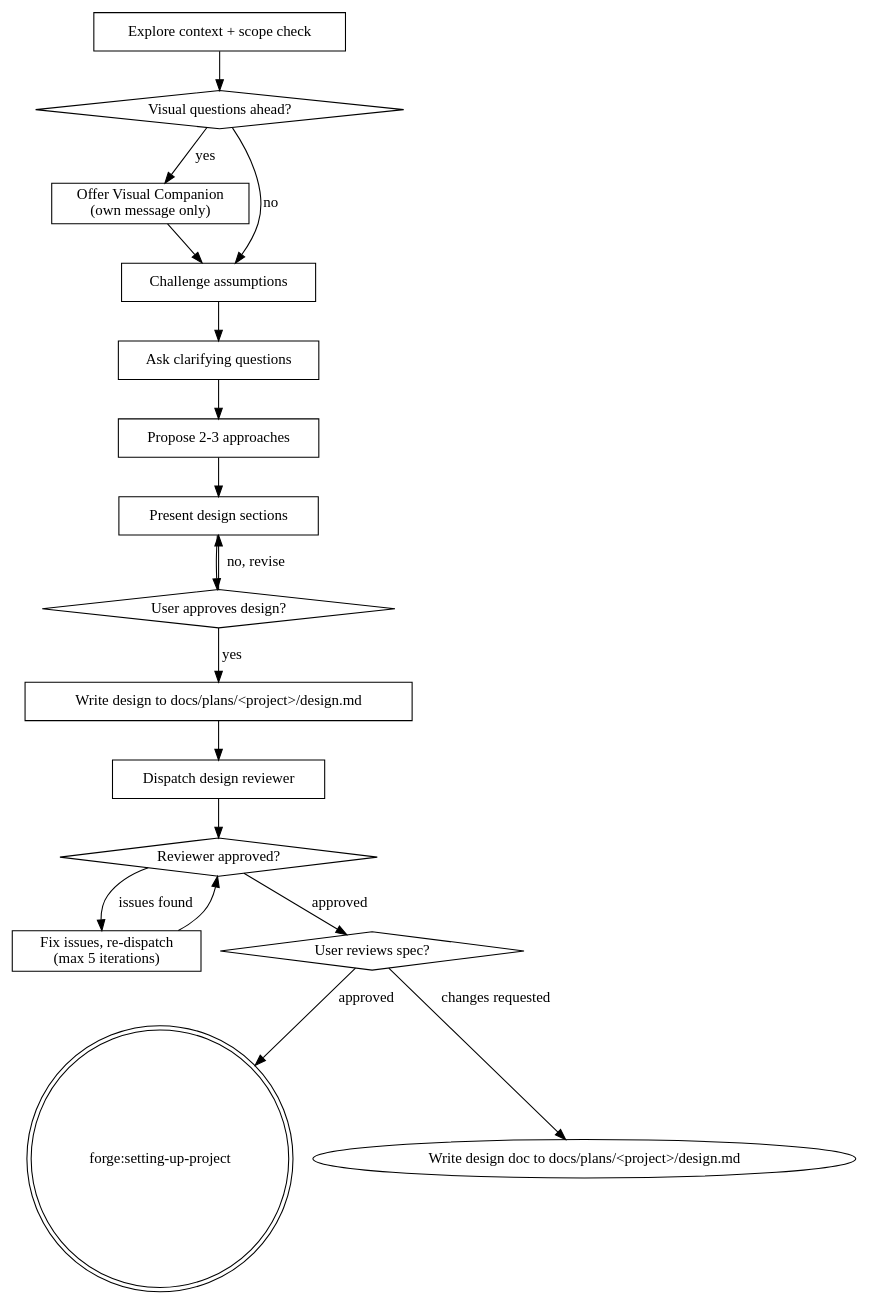
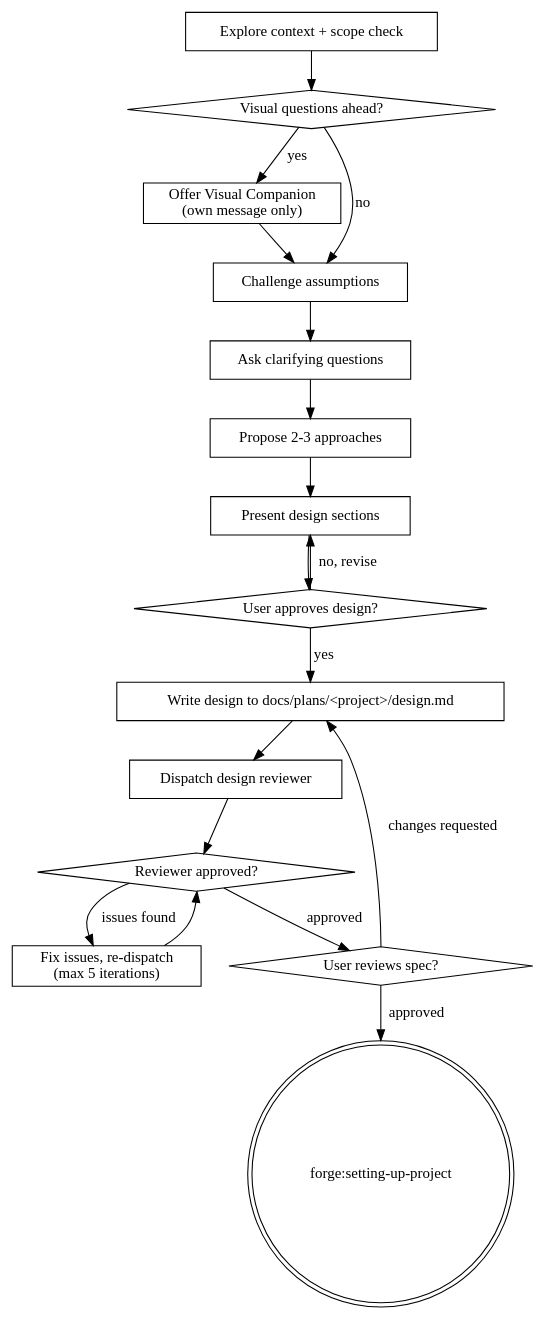
One commit to rahulsc/superpowers changed the diagram in skills/brainstorming/SKILL.md. Above: the diagram before and after it, drawn with Graphviz.

Commit message:
fix: correct Graphviz edge label in brainstorming process flow

````diff
--- a/skills/brainstorming/SKILL.md
+++ b/skills/brainstorming/SKILL.md
@@ -43,36 +43,36 @@
 ```dot
 digraph brainstorming {
     "Explore context + scope check" [shape=box];
     "Visual questions ahead?" [shape=diamond];
     "Offer Visual Companion\n(own message only)" [shape=box];
     "Challenge assumptions" [shape=box];
     "Ask clarifying questions" [shape=box];
     "Propose 2-3 approaches" [shape=box];
     "Present design sections" [shape=box];
     "User approves design?" [shape=diamond];
     "Write design to docs/plans/<project>/design.md" [shape=box];
     "Dispatch design reviewer" [shape=box];
     "Reviewer approved?" [shape=diamond];
     "Fix issues, re-dispatch\n(max 5 iterations)" [shape=box];
     "User reviews spec?" [shape=diamond];
     "forge:setting-up-project" [shape=doublecircle];
 
     "Explore context + scope check" -> "Visual questions ahead?";
     "Visual questions ahead?" -> "Offer Visual Companion\n(own message only)" [label="yes"];
     "Visual questions ahead?" -> "Challenge assumptions" [label="no"];
     "Offer Visual Companion\n(own message only)" -> "Challenge assumptions";
     "Challenge assumptions" -> "Ask clarifying questions";
     "Ask clarifying questions" -> "Propose 2-3 approaches";
     "Propose 2-3 approaches" -> "Present design sections";
     "Present design sections" -> "User approves design?";
     "User approves design?" -> "Present design sections" [label="no, revise"];
     "User approves design?" -> "Write design to docs/plans/<project>/design.md" [label="yes"];
     "Write design to docs/plans/<project>/design.md" -> "Dispatch design reviewer";
     "Dispatch design reviewer" -> "Reviewer approved?";
     "Reviewer approved?" -> "Fix issues, re-dispatch\n(max 5 iterations)" [label="issues found"];
     "Reviewer approved?" -> "User reviews spec?" [label="approved"];
     "Fix issues, re-dispatch\n(max 5 iterations)" -> "Reviewer approved?";
-    "User reviews spec?" -> "Write design doc to docs/plans/<project>/design.md" [label="changes requested"];
+    "User reviews spec?" -> "Write design to docs/plans/<project>/design.md" [label="changes requested"];
     "User reviews spec?" -> "forge:setting-up-project" [label="approved"];
 }
 ```
````
